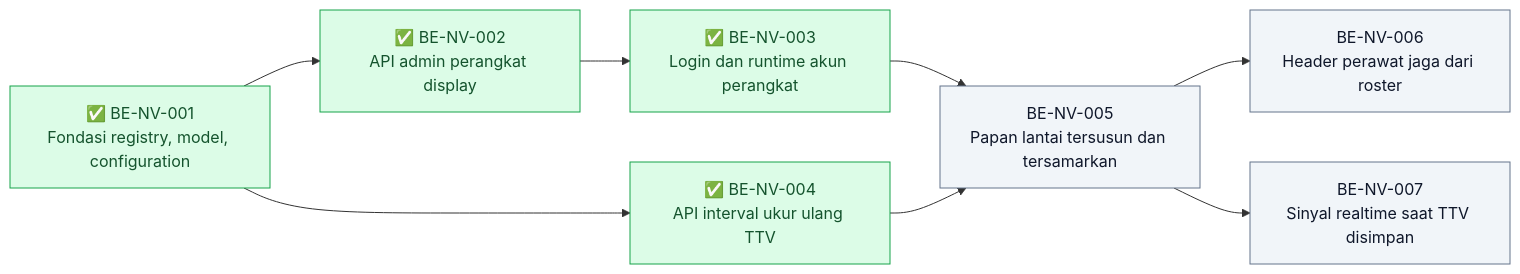
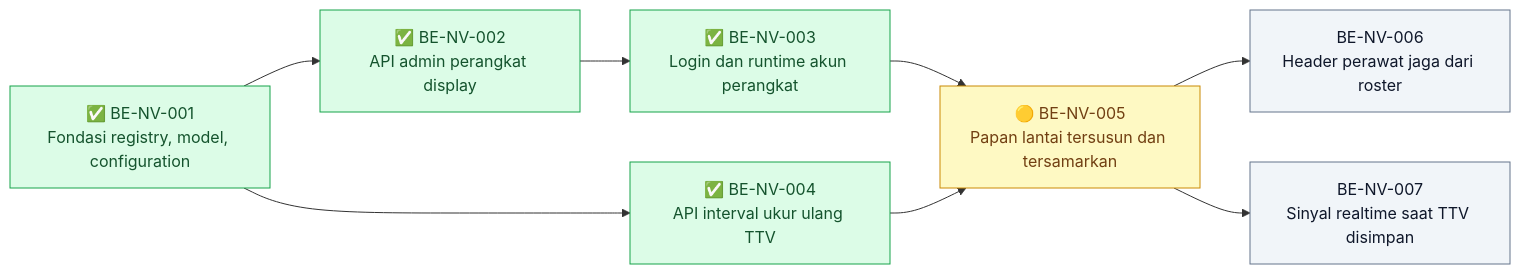
The diagram in docs/module-blueprints/nurse-view/roadmap/backend-roadmap.md (DevBenari/NewQuilvianSystemBackend), drawn with Mermaid before and after one commit. The commit also changed other lines of this file and 14 other files, not shown here.

````diff
--- a/docs/module-blueprints/nurse-view/roadmap/backend-roadmap.md
+++ b/docs/module-blueprints/nurse-view/roadmap/backend-roadmap.md
@@ -22,24 +22,24 @@
 ```mermaid
 flowchart LR
     classDef selesai fill:#DCFCE7,stroke:#16A34A,color:#14532D
     classDef sebagian fill:#FEF9C3,stroke:#CA8A04,color:#713F12
     classDef terblokir fill:#FEE2E2,stroke:#DC2626,color:#7F1D1D
     classDef belum fill:#F1F5F9,stroke:#64748B,color:#0F172A
     classDef luar fill:#EDE9FE,stroke:#7C3AED,color:#3B0764
 
     BENV001["✅ BE-NV-001<br/>Fondasi registry, model, configuration"]:::selesai
     BENV002["✅ BE-NV-002<br/>API admin perangkat display"]:::selesai
     BENV003["✅ BE-NV-003<br/>Login dan runtime akun perangkat"]:::selesai
     BENV004["✅ BE-NV-004<br/>API interval ukur ulang TTV"]:::selesai
-    BENV005["BE-NV-005<br/>Papan lantai tersusun dan tersamarkan"]:::belum
+    BENV005["🟡 BE-NV-005<br/>Papan lantai tersusun dan tersamarkan"]:::sebagian
     BENV006["BE-NV-006<br/>Header perawat jaga dari roster"]:::belum
     BENV007["BE-NV-007<br/>Sinyal realtime saat TTV disimpan"]:::belum
 
     BENV001 --> BENV002
     BENV001 --> BENV004
     BENV002 --> BENV003
     BENV003 --> BENV005
     BENV004 --> BENV005
     BENV005 --> BENV006
     BENV005 --> BENV007
 ```
````
